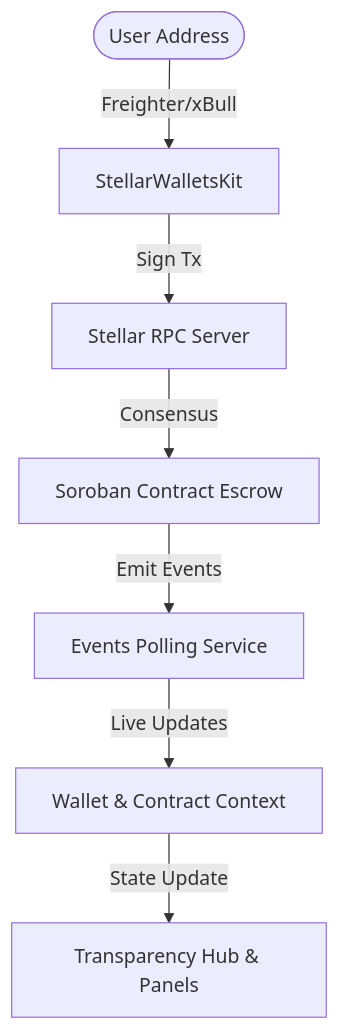
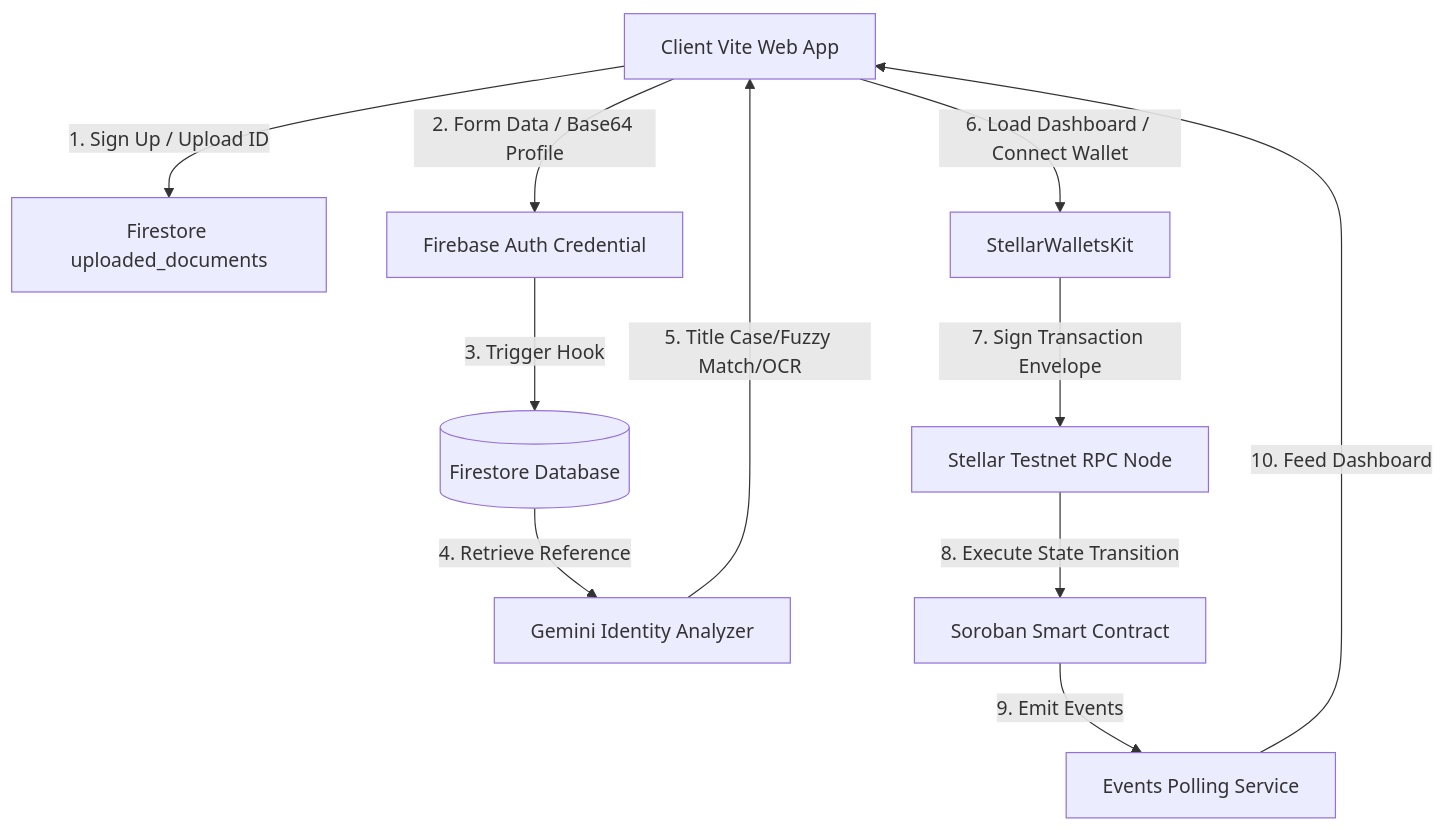
Before and after one commit to FWDP/barangay-bond: the first of 3 diagrams in README.md, drawn with Mermaid. The commit also changed other lines of this file and 27 other files, not shown here.

````diff
--- a/README.md
+++ b/README.md
@@ -13,9 +65,13 @@
 ```mermaid
 graph TD
-    User([User Address]) -->|Freighter/xBull| SWK[StellarWalletsKit]
-    SWK -->|Sign Tx| RPC[Stellar RPC Server]
-    RPC -->|Consensus| SC[Soroban Contract Escrow]
-    SC -->|Emit Events| EventPoll[Events Polling Service]
-    EventPoll -->|Live Updates| ReactContext[Wallet & Contract Context]
-    ReactContext -->|State Update| Dashboard[Transparency Hub & Panels]
+    Browser[Client Vite Web App] -->|1. Sign Up / Upload ID| FirebaseStorage[Firestore uploaded_documents]
+    Browser -->|2. Form Data / Base64 Profile| FirebaseAuth[Firebase Auth Credential]
+    FirebaseAuth -->|3. Trigger Hook| FirestoreDB[(Firestore Database)]
+    FirestoreDB -->|4. Retrieve Reference| GeminiAI[Gemini Identity Analyzer]
+    GeminiAI -->|5. Title Case/Fuzzy Match/OCR| Browser
+    Browser -->|6. Load Dashboard / Connect Wallet| SWK[StellarWalletsKit]
+    SWK -->|7. Sign Transaction Envelope| RPC[Stellar Testnet RPC Node]
+    RPC -->|8. Execute State Transition| Soroban[Soroban Smart Contract]
+    Soroban -->|9. Emit Events| EventPoll[Events Polling Service]
+    EventPoll -->|10. Feed Dashboard| Browser
 ```
````
